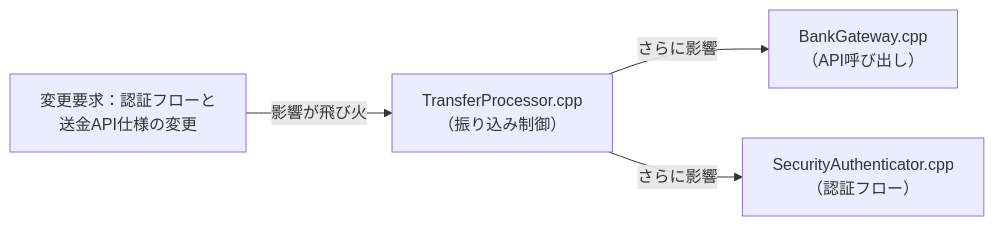
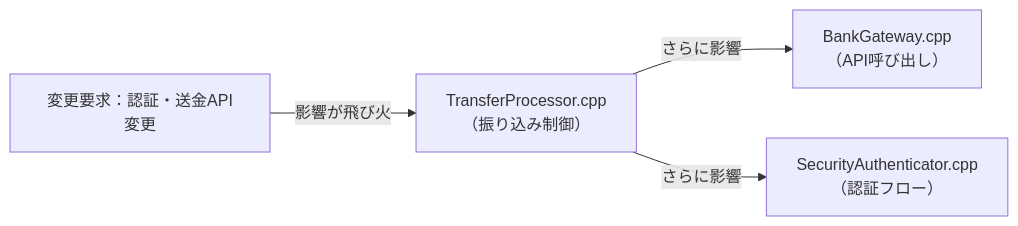
One commit to kumachan1101-pixel/DesignPattern changed the third of 11 diagrams in kindle/design-patterns/output/chapter02.md. Above: the diagram before and after it, drawn with Mermaid. The commit also changed 3 other files, not shown here.

````diff
--- a/kindle/design-patterns/output/chapter02.md
+++ b/kindle/design-patterns/output/chapter02.md
@@ -312,7 +312,7 @@
 ```mermaid
 graph LR
-    T1["変更要求：認証フローと<br>送金API仕様の変更"] -->|"影響が飛び火"| A["TransferProcessor.cpp<br>（振り込み制御）"]
+    T1["変更要求：認証・送金API変更"] -->|"影響が飛び火"| A["TransferProcessor.cpp<br>（振り込み制御）"]
     A -->|"さらに影響"| B["BankGateway.cpp<br>（API呼び出し）"]
     A -->|"さらに影響"| C["SecurityAuthenticator.cpp<br>（認証フロー）"]
 
 ```
````
